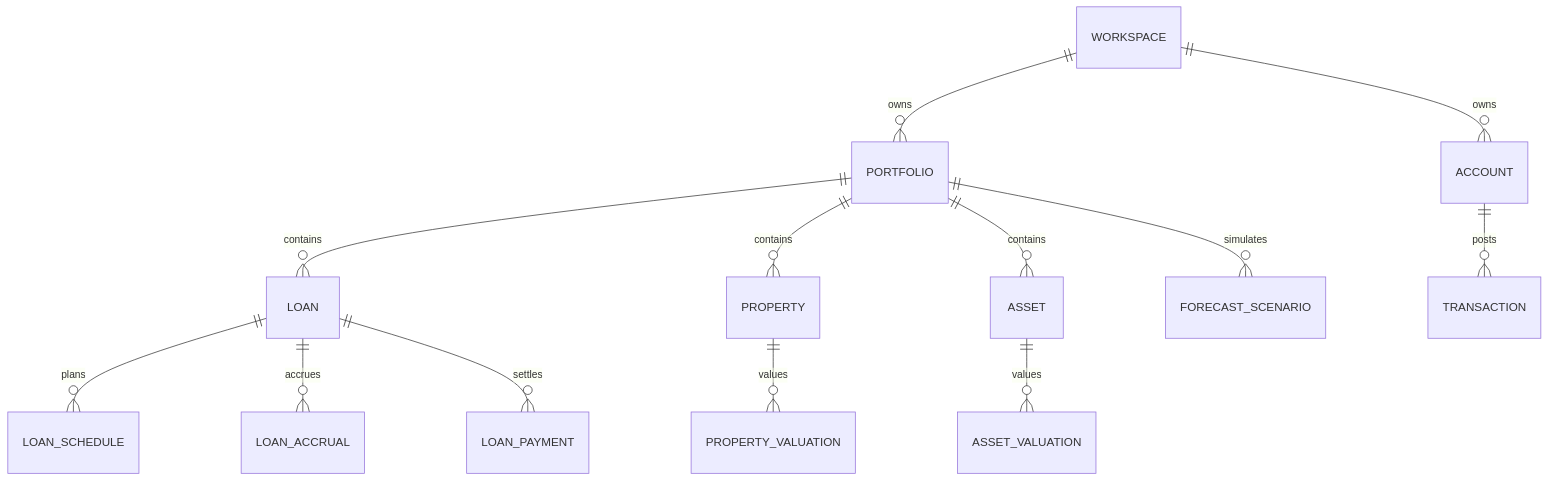
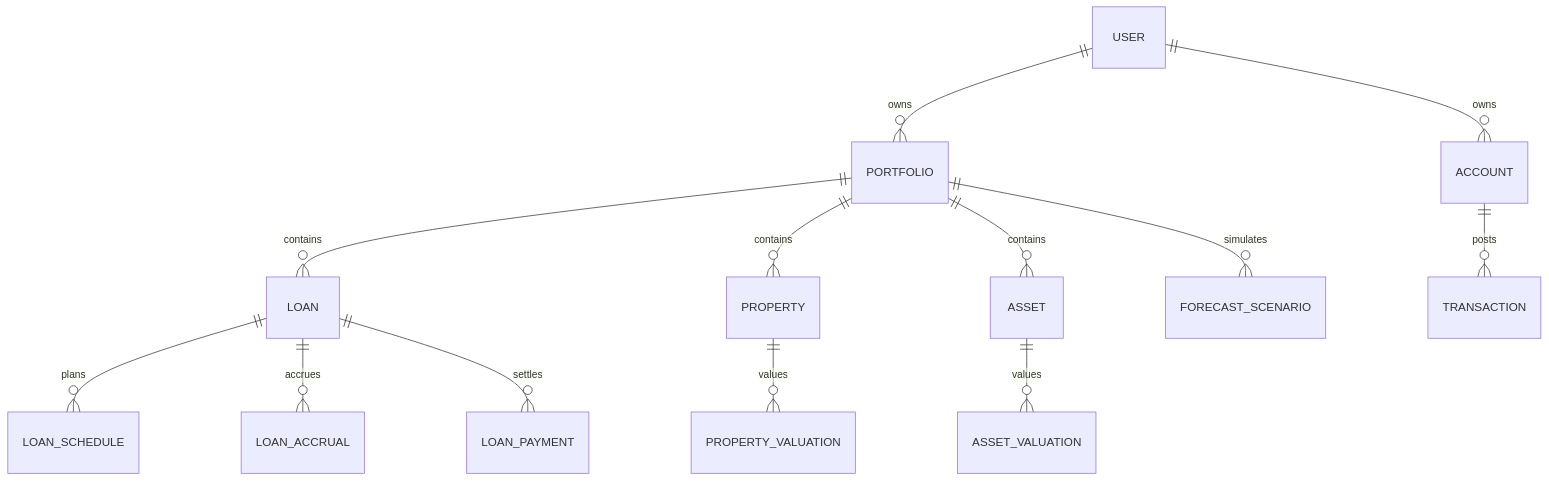
Before and after one commit to mapmapdicode/Finora: the diagram in docs/03-domain-model.md, drawn with Mermaid. The commit also changed other lines of this file and 67 other files, not shown here.

````diff
--- a/docs/03-domain-model.md
+++ b/docs/03-domain-model.md
@@ -30,15 +30,15 @@
 ```mermaid
 erDiagram
-    WORKSPACE ||--o{ PORTFOLIO : owns
-    WORKSPACE ||--o{ ACCOUNT : owns
+    USER ||--o{ PORTFOLIO : owns
+    USER ||--o{ ACCOUNT : owns
     PORTFOLIO ||--o{ LOAN : contains
     PORTFOLIO ||--o{ PROPERTY : contains
     PORTFOLIO ||--o{ ASSET : contains
     ACCOUNT ||--o{ TRANSACTION : posts
     LOAN ||--o{ LOAN_SCHEDULE : plans
     LOAN ||--o{ LOAN_ACCRUAL : accrues
     LOAN ||--o{ LOAN_PAYMENT : settles
     PROPERTY ||--o{ PROPERTY_VALUATION : values
     ASSET ||--o{ ASSET_VALUATION : values
     PORTFOLIO ||--o{ FORECAST_SCENARIO : simulates
 ```
````
